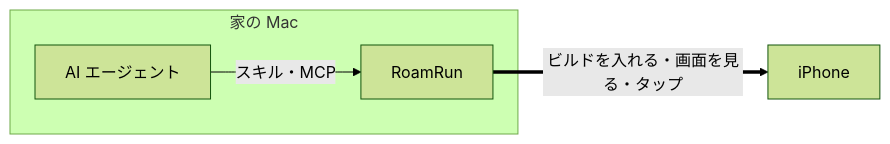
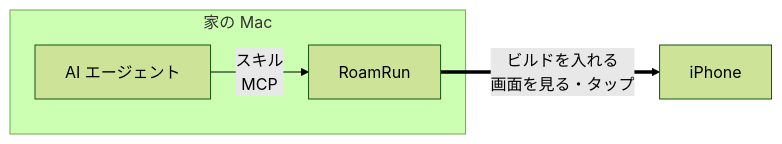
The fourth of 13 diagrams in articles/4380fe7546a237.md (mh-mobile/zenn_docs), drawn with Mermaid (forest theme) before and after one commit. The commit also changed other lines of this file and 10 other files, not shown here.

````diff
--- a/articles/4380fe7546a237.md
+++ b/articles/4380fe7546a237.md
@@ -77,7 +163,7 @@
 ```mermaid
 flowchart LR
   subgraph mac["家の Mac"]
-    agent["AI エージェント"] -- "スキル・MCP" --> rr["RoamRun"]
+    agent["AI エージェント"] -- "スキル<br/>MCP" --> rr["RoamRun"]
   end
-  rr == "ビルドを入れる・画面を見る・タップ" ==> iphone["iPhone"]
+  rr == "ビルドを入れる<br/>画面を見る・タップ" ==> iphone["iPhone"]
 ```
````
